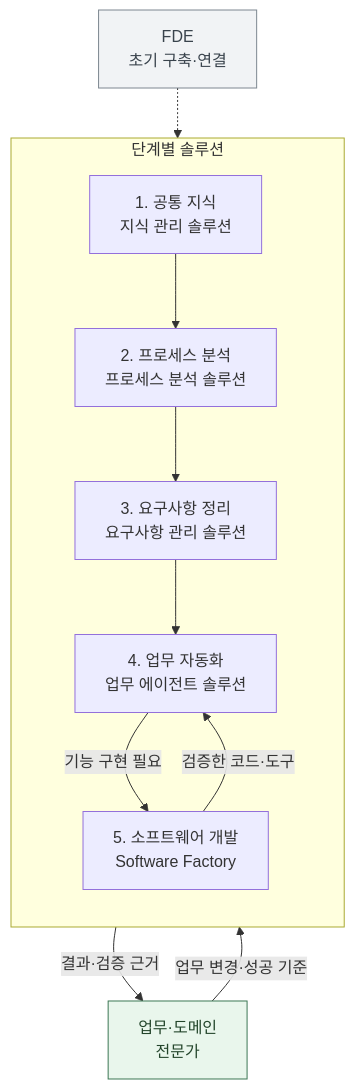
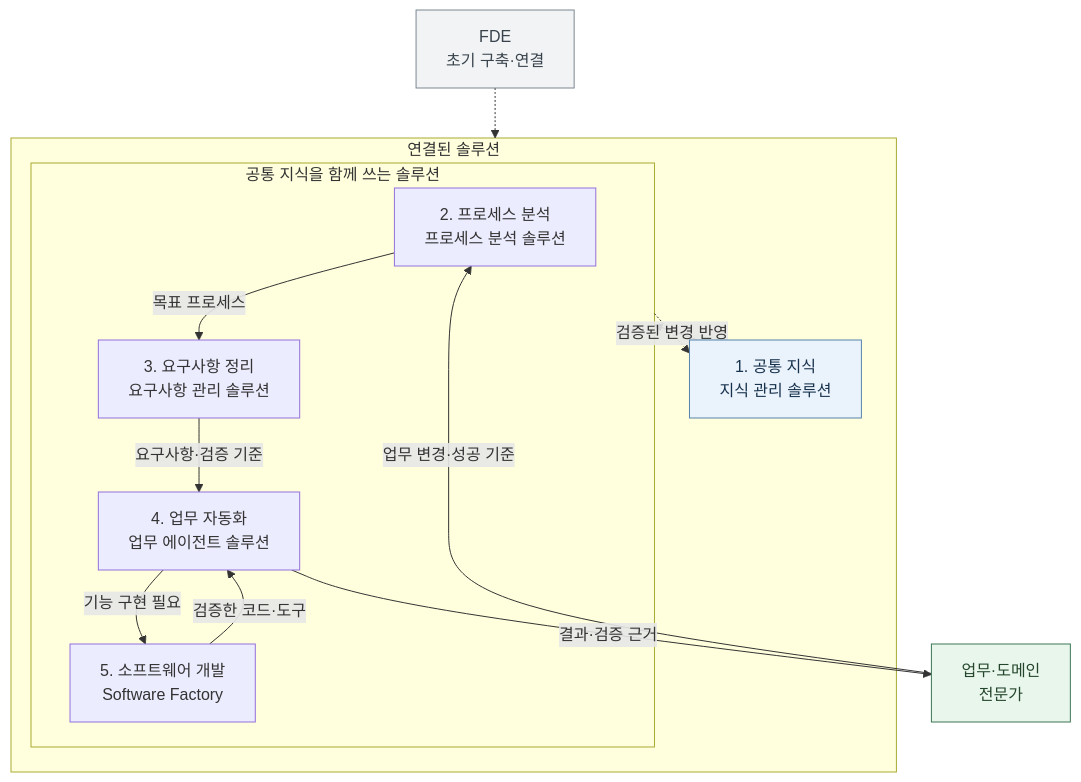
The third of 7 diagrams in _posts/2026-11-05-enterprise-wide-ax-essentials.md (haandol/haandol.github.com), drawn with Mermaid before and after one commit. The commit also changed other lines of this file and 1 other file, not shown here.

Commit message:
docs: explain shared knowledge and connections across AX solutions

````diff
--- a/_posts/2026-11-05-enterprise-wide-ax-essentials.md
+++ b/_posts/2026-11-05-enterprise-wide-ax-essentials.md
@@ -105,18 +107,24 @@
 ```mermaid
 flowchart TB
   FDE["FDE<br/>초기 구축·연결"] -.-> S
-  subgraph S["단계별 솔루션"]
-    direction TB
-    K["1. 공통 지식<br/>지식 관리 솔루션"] --> P["2. 프로세스 분석<br/>프로세스 분석 솔루션"]
-    P --> R["3. 요구사항 정리<br/>요구사항 관리 솔루션"]
-    R --> A["4. 업무 자동화<br/>업무 에이전트 솔루션"]
-    A -->|"기능 구현 필요"| F["5. 소프트웨어 개발<br/>Software Factory"]
-    F -->|"검증한 코드·도구"| A
+  subgraph S["연결된 솔루션"]
+    K["1. 공통 지식<br/>지식 관리 솔루션"]
+    subgraph W["공통 지식을 함께 쓰는 솔루션"]
+      P["2. 프로세스 분석<br/>프로세스 분석 솔루션"] -->|"목표 프로세스"| R["3. 요구사항 정리<br/>요구사항 관리 솔루션"]
+      R -->|"요구사항·검증 기준"| A["4. 업무 자동화<br/>업무 에이전트 솔루션"]
+      A -->|"기능 구현 필요"| F["5. 소프트웨어 개발<br/>Software Factory"]
+      F -->|"검증한 코드·도구"| A
+    end
+    K --> W
+    W -.->|"검증된 변경 반영"| K
+    K ~~~ P
   end
   U["업무·도메인<br/>전문가"] -->|"업무 변경·성공 기준"| P
   A -->|"결과·검증 근거"| U
   classDef expert fill:#e9f6ec,stroke:#3c7754,color:#23452b
   classDef setup fill:#f1f3f5,stroke:#7d8790,color:#39434c
+  classDef knowledge fill:#eaf2fb,stroke:#5683ac,color:#17324d
   class U expert
   class FDE setup
+  class K knowledge
 ```
````
